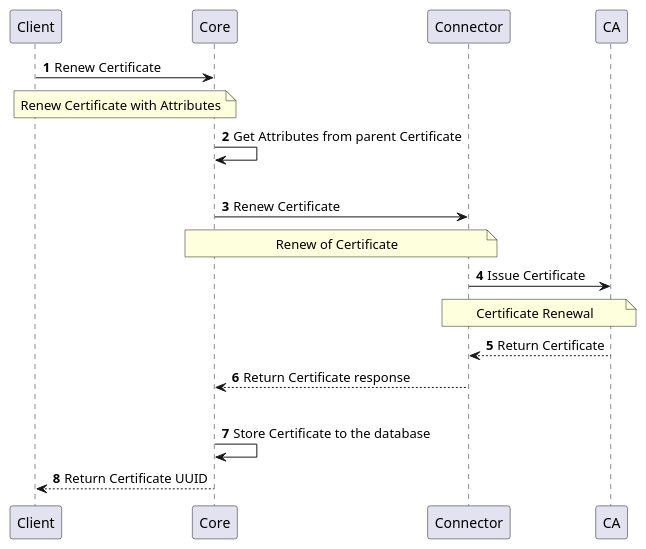
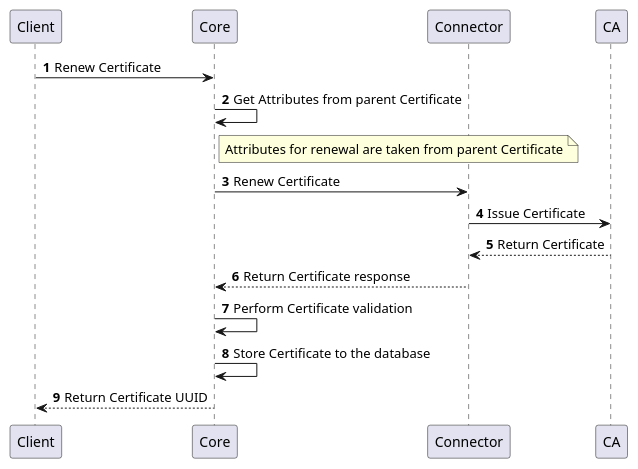
One commit to CZERTAINLY/CZERTAINLY-Documentation changed the sixth of 7 diagrams in docs/12-connectors/05-description/25-authority-provider-v2.md. Above: the diagram before and after it, drawn with PlantUML. The commit also changed other lines of this file and 8 other files, not shown here.

First line of the commit message:
Update description of plantuml diagrams on the providers

````diff
--- a/docs/12-connectors/05-description/25-authority-provider-v2.md
+++ b/docs/12-connectors/05-description/25-authority-provider-v2.md
@@ -142,19 +116,16 @@
 ```plantuml
     @startuml
     autonumber
     skinparam topurl https://docs.czertainly.com/api/
         Client -> Core [[core-client-operations/#tag/v2-Client-Operations-API/operation/renewCertificate]]: Renew Certificate
-        note over Client,Core: Renew Certificate with Attributes
         Core -> Core: Get Attributes from parent Certificate
-        |||
+        note right Core: Attributes for renewal are taken from parent Certificate
         Core -> Connector [[connector-authority-provider-v2/#tag/Certificate-Management-API/operation/renewCertificate]]: Renew Certificate
-        note over Core,Connector: Renew of Certificate
         Connector -> CA: Issue Certificate
-        note over Connector,CA: Certificate Renewal
         CA --> Connector: Return Certificate
         Connector --> Core: Return Certificate response
-        |||
+        Core -> Core : Perform Certificate validation
         Core -> Core : Store Certificate to the database
         Core --> Client: Return Certificate UUID
     @enduml
 ```
````
